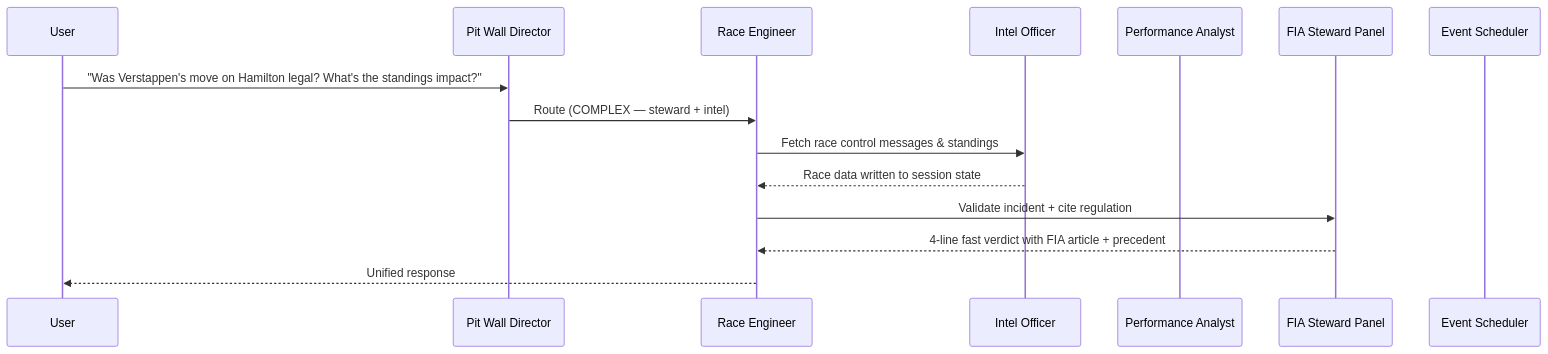
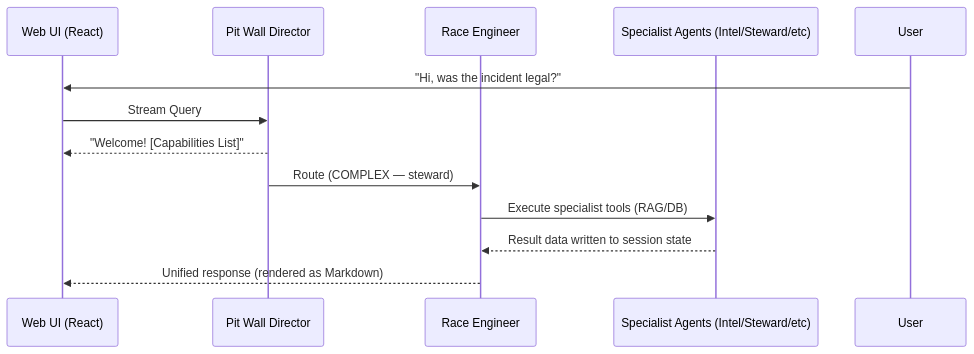
The diagram in README.md (OlixIgnacious/f1-ai-orchestrator), drawn with Mermaid before and after one commit. The commit also changed other lines of this file, not shown here.

````diff
--- a/README.md
+++ b/README.md
@@ -39,18 +43,15 @@
 ```mermaid
 sequenceDiagram
-    participant User
+    participant UI as Web UI (React)
     participant Orchestrator as Pit Wall Director
     participant Coordinator as Race Engineer
-    participant Intel as Intel Officer
-    participant Analysis as Performance Analyst
-    participant Steward as FIA Steward Panel
-    participant Scheduler as Event Scheduler
+    participant Specialists as Specialist Agents (Intel/Steward/etc)
 
-    User->>Orchestrator: "Was Verstappen's move on Hamilton legal? What's the standings impact?"
-    Orchestrator->>Coordinator: Route (COMPLEX — steward + intel)
-    Coordinator->>Intel: Fetch race control messages & standings
-    Intel-->>Coordinator: Race data written to session state
-    Coordinator->>Steward: Validate incident + cite regulation
-    Steward-->>Coordinator: 4-line fast verdict with FIA article + precedent
-    Coordinator-->>User: Unified response
+    User->>UI: "Hi, was the incident legal?"
+    UI->>Orchestrator: Stream Query
+    Orchestrator-->>UI: "Welcome! [Capabilities List]"
+    Orchestrator->>Coordinator: Route (COMPLEX — steward)
+    Coordinator->>Specialists: Execute specialist tools (RAG/DB)
+    Specialists-->>Coordinator: Result data written to session state
+    Coordinator-->>UI: Unified response (rendered as Markdown)
 ```
````
